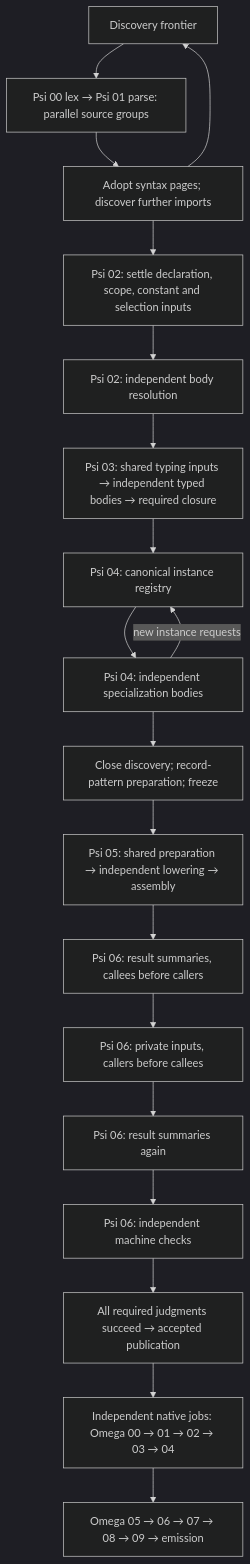
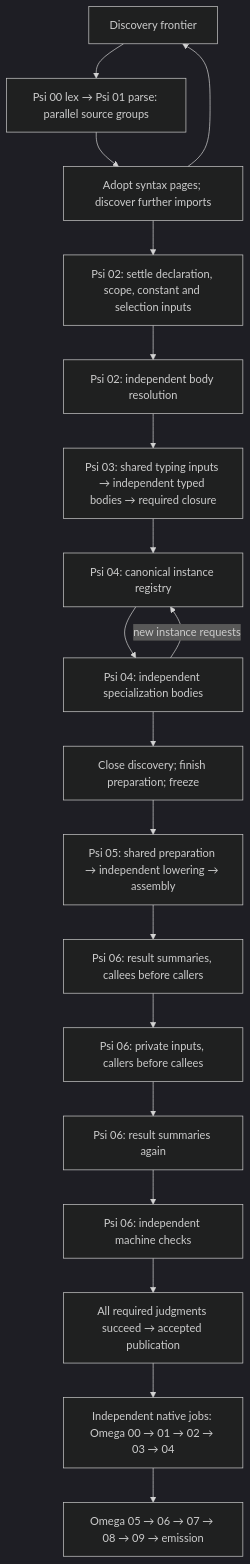
Before and after one commit to CathedralOS/Omega: the diagram in wiki/drafts/designs/compiler_work_ownership.md, drawn with Mermaid (dark theme). The commit also changed other lines of this file and 14 other files, not shown here.

First line of the commit message:
psi: keep record pattern field choices from typing through lowering

````diff
--- a/wiki/drafts/designs/compiler_work_ownership.md
+++ b/wiki/drafts/designs/compiler_work_ownership.md
@@ -57,21 +57,21 @@
 ```mermaid
 flowchart TD
     A["Discovery frontier"] --> B["Psi 00 lex → Psi 01 parse: parallel source groups"]
     B --> C["Adopt syntax pages; discover further imports"]
     C --> A
     C --> D["Psi 02: settle declaration, scope, constant and selection inputs"]
     D --> E["Psi 02: independent body resolution"]
     E --> F["Psi 03: shared typing inputs → independent typed bodies → required closure"]
     F --> G["Psi 04: canonical instance registry"]
     G --> H["Psi 04: independent specialization bodies"]
     H -->|"new instance requests"| G
-    H --> I["Close discovery; record-pattern preparation; freeze"]
+    H --> I["Close discovery; finish preparation; freeze"]
     I --> J["Psi 05: shared preparation → independent lowering → assembly"]
     J --> K["Psi 06: result summaries, callees before callers"]
     K --> L["Psi 06: private inputs, callers before callees"]
     L --> M["Psi 06: result summaries again"]
     M --> N["Psi 06: independent machine checks"]
     N --> O["All required judgments succeed → accepted publication"]
     O --> P["Independent native jobs: Omega 00 → 01 → 02 → 03 → 04"]
     P --> Q["Omega 05 → 06 → 07 → 08 → 09 → emission"]
 ```
````
